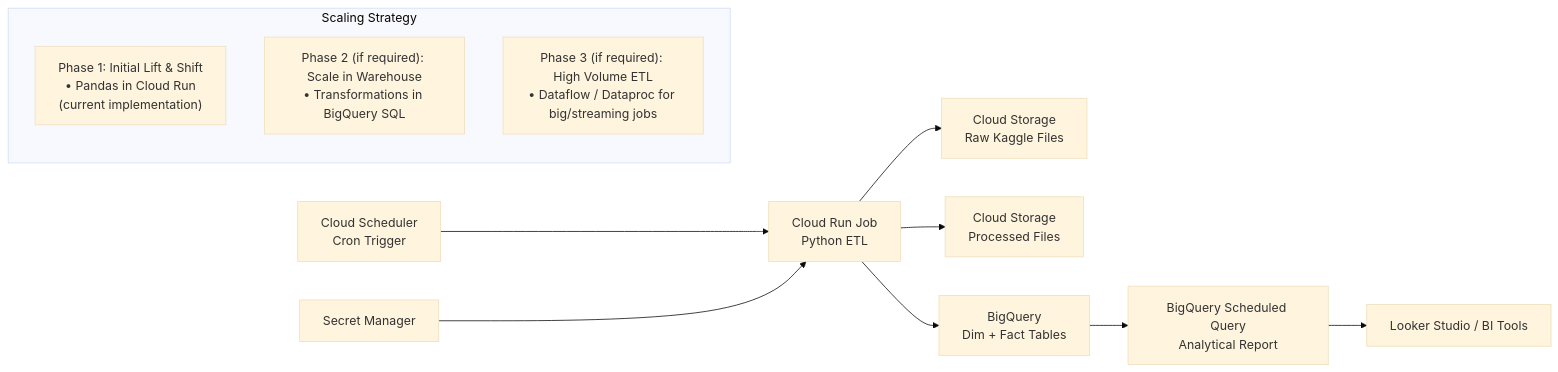
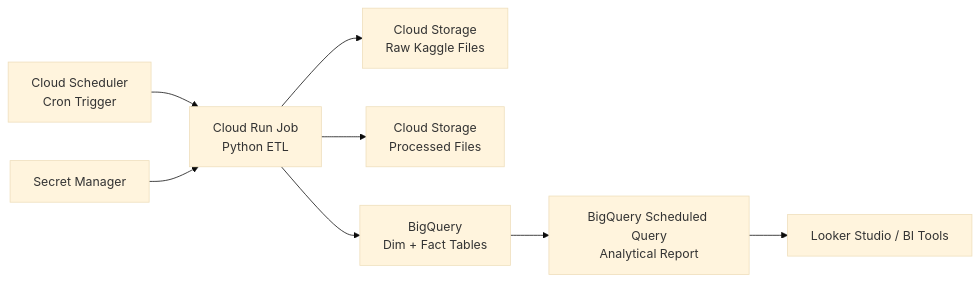
The diagram in gcp_architecture.md (arthurlouieferrari-dot/supermarket-etl-gcp), drawn with Mermaid (base theme) before and after one commit.

````diff
--- a/gcp_architecture.md
+++ b/gcp_architecture.md
@@ -3,26 +3,19 @@
 ```mermaid
 flowchart LR
     CS[Cloud Scheduler<br/>Cron Trigger]
     CR[Cloud Run Job<br/>Python ETL]
     SM[Secret Manager]
     RAW[Cloud Storage<br/>Raw Kaggle Files]
     PROC[Cloud Storage<br/>Processed Files]
     BQ[BigQuery<br/>Dim + Fact Tables]
     BQREP[BigQuery Scheduled Query<br/>Analytical Report]
     BI[Looker Studio / BI Tools]
 
     CS --> CR
     SM --> CR
     CR --> RAW
     CR --> PROC
     CR --> BQ
     BQ --> BQREP
     BQREP --> BI
-
-    %% Strategy Notes (Not connected to graph)
-    subgraph Scale [Scaling Strategy]
-        A["Phase 1: Initial Lift & Shift<br/>• Pandas in Cloud Run<br/>(current implementation)"]
-        B["Phase 2 (if required): Scale in Warehouse<br/>• Transformations in BigQuery SQL"]
-        C["Phase 3 (if required): High Volume ETL<br/>• Dataflow / Dataproc for big/streaming jobs"]
-    end
 ```
````
